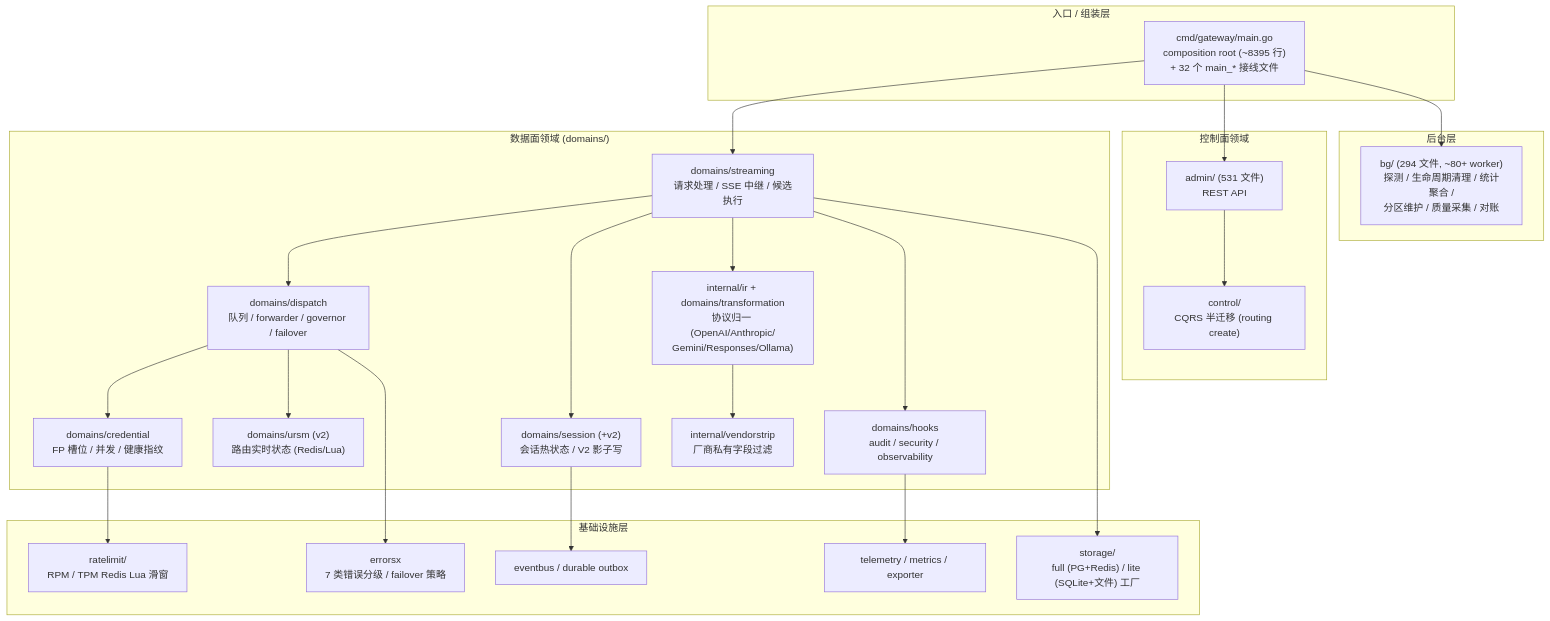
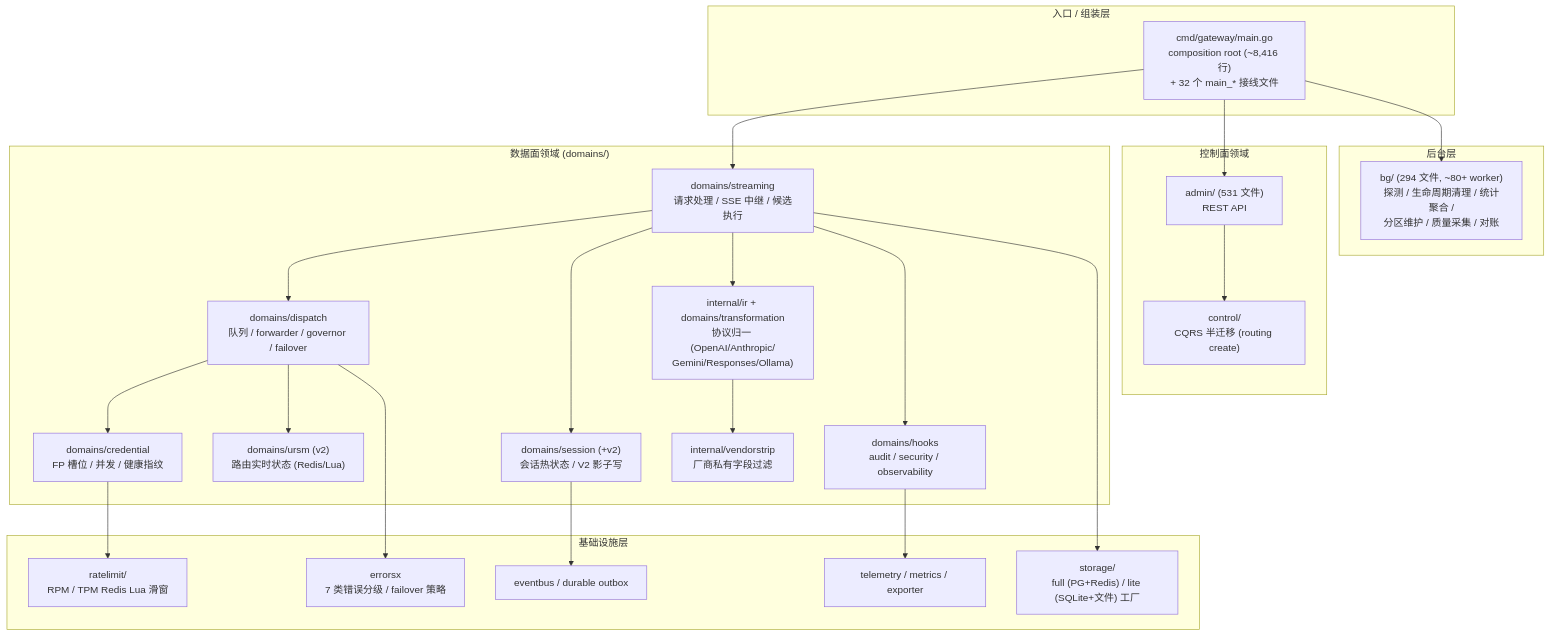
Before and after one commit to halfking/ai-native-gateway-core: the fifth of 9 diagrams in docs/architecture-diagrams.md, drawn with Mermaid. The commit also changed 7 other files, not shown here.

````diff
--- a/docs/architecture-diagrams.md
+++ b/docs/architecture-diagrams.md
@@ -195,49 +195,49 @@
 ```mermaid
 graph TB
     subgraph entry["入口 / 组装层"]
-        MAIN["cmd/gateway/main.go<br/>composition root (~8395 行)<br/>+ 32 个 main_* 接线文件"]
+        MAIN["cmd/gateway/main.go<br/>composition root (~8,416 行)<br/>+ 32 个 main_* 接线文件"]
     end
 
     subgraph dp["数据面领域 (domains/)"]
         STREAMING["domains/streaming<br/>请求处理 / SSE 中继 / 候选执行"]
         DISPATCH["domains/dispatch<br/>队列 / forwarder / governor / failover"]
         CREDENTIAL["domains/credential<br/>FP 槽位 / 并发 / 健康指纹"]
         URSM["domains/ursm (v2)<br/>路由实时状态 (Redis/Lua)"]
         SESSION["domains/session (+v2)<br/>会话热状态 / V2 影子写"]
         IR["internal/ir + domains/transformation<br/>协议归一 (OpenAI/Anthropic/<br/>Gemini/Responses/Ollama)"]
         VSTRIP["internal/vendorstrip<br/>厂商私有字段过滤"]
         HOOKS["domains/hooks<br/>audit / security / observability"]
     end
 
     subgraph cp["控制面领域"]
         ADMIN["admin/ (531 文件)<br/>REST API"]
         CONTROL["control/<br/>CQRS 半迁移 (routing create)"]
     end
 
     subgraph infra["基础设施层"]
         STORE["storage/<br/>full (PG+Redis) / lite (SQLite+文件) 工厂"]
         TELEMETRY["telemetry / metrics / exporter"]
         ERRORSX["errorsx<br/>7 类错误分级 / failover 策略"]
         RATELIMIT["ratelimit/<br/>RPM / TPM Redis Lua 滑窗"]
         EVENTBUS["eventbus / durable outbox"]
     end
 
     subgraph bglayer["后台层"]
         BGW["bg/ (294 文件, ~80+ worker)<br/>探测 / 生命周期清理 / 统计聚合 /<br/>分区维护 / 质量采集 / 对账"]
     end
 
     MAIN --> STREAMING
     MAIN --> ADMIN
     MAIN --> BGW
     STREAMING --> DISPATCH --> CREDENTIAL
     STREAMING --> SESSION
     DISPATCH --> URSM
     STREAMING --> IR --> VSTRIP
     STREAMING --> HOOKS
     ADMIN --> CONTROL
     STREAMING --> STORE
     DISPATCH --> ERRORSX
     CREDENTIAL --> RATELIMIT
     HOOKS --> TELEMETRY
     SESSION --> EVENTBUS
 ```
````
